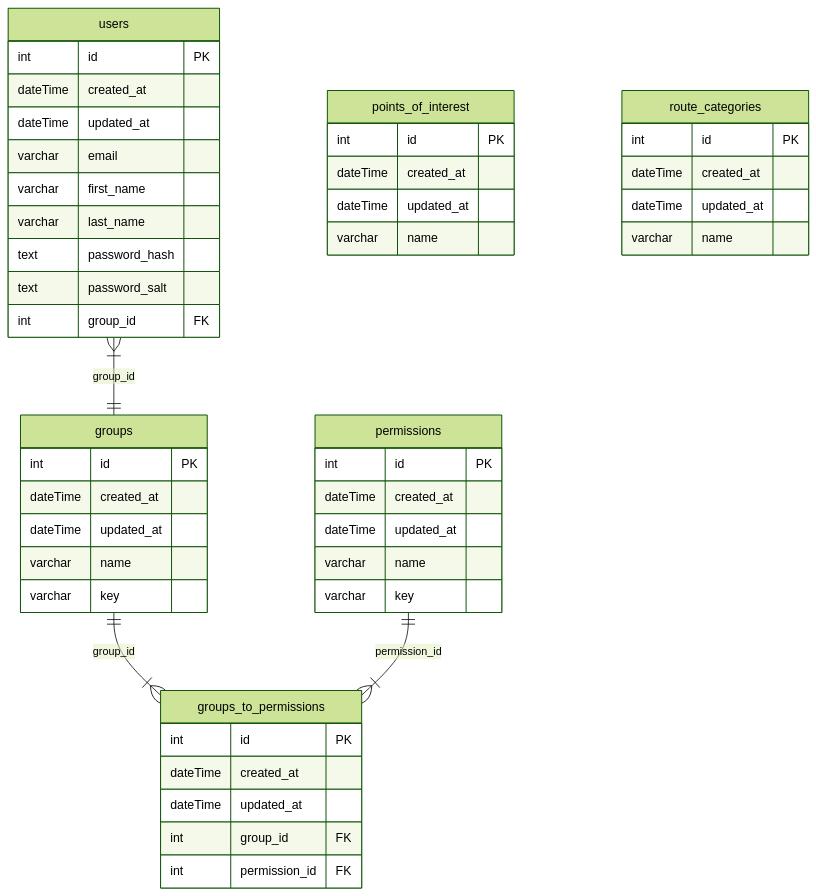
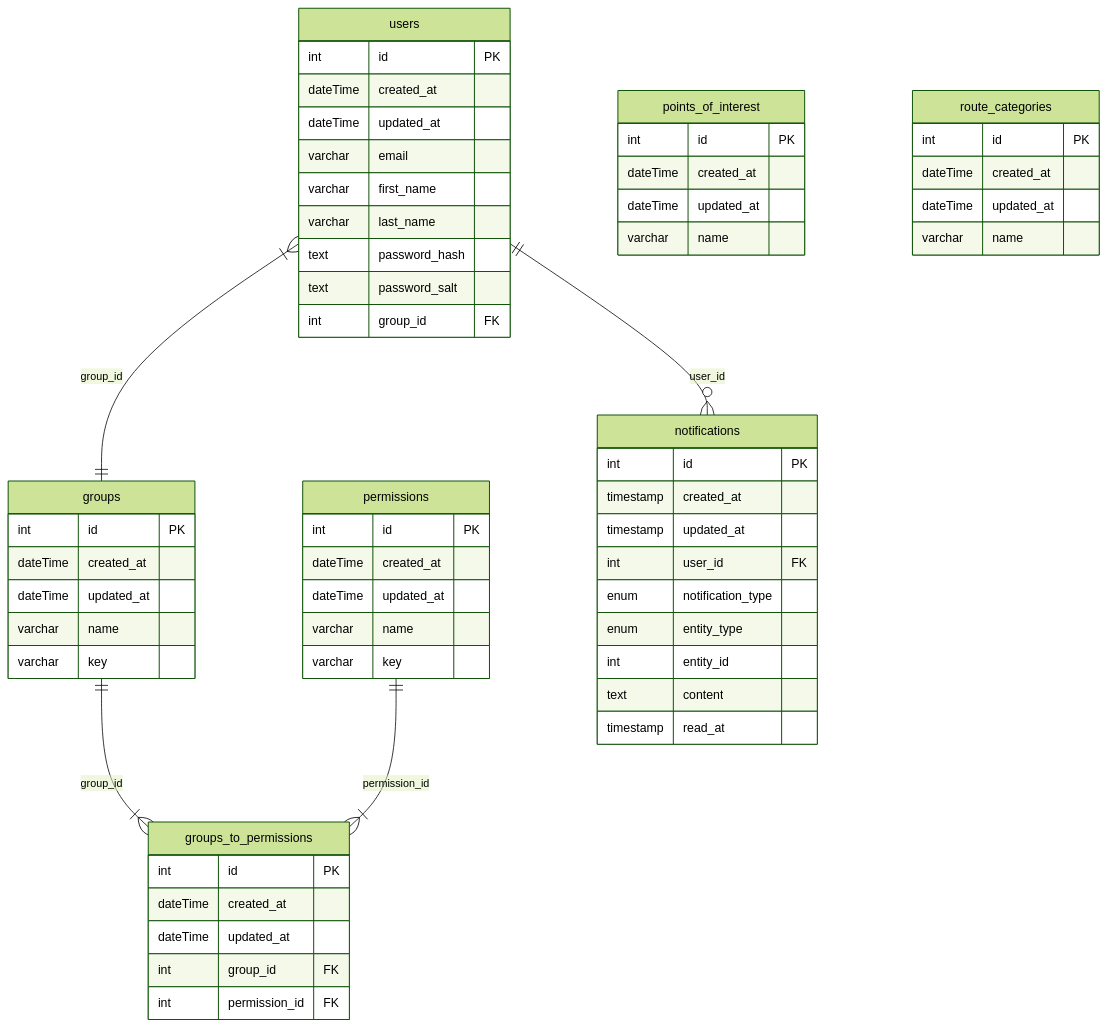
Before and after one commit to h4vefundieyoung/smartscapes: the diagram in readme.md, drawn with Mermaid (forest theme). The commit also changed 1 other file, not shown here.

Commit message:
feat(root): create mermaid diagram for notification table ss-73

````diff
--- a/readme.md
+++ b/readme.md
@@ -30,57 +30,70 @@
 ```mermaid
 erDiagram
 
   users {
     int id PK
     dateTime created_at
     dateTime updated_at
     varchar email
     varchar first_name
     varchar last_name
     text password_hash
     text password_salt
     int group_id FK
   }
 
   groups {
     int id PK
     dateTime created_at
     dateTime updated_at
     varchar name
     varchar key
   }
 
  groups_to_permissions {
       int id PK
       dateTime created_at
       dateTime updated_at
       int group_id FK
       int permission_id FK
   }
 
   permissions {
       int id PK
       dateTime created_at
       dateTime updated_at
       varchar name
       varchar key
   }
 
   points_of_interest {
     int id PK
     dateTime created_at
     dateTime updated_at
     varchar name
   }
 
   route_categories {
       int id PK
       dateTime created_at
       dateTime updated_at
       varchar name
   }
 
+  notifications {
+      int id PK
+      timestamp created_at
+      timestamp updated_at
+      int user_id FK
+      enum notification_type
+      enum entity_type
+      int entity_id
+      text content
+      timestamp read_at
+  }
+
   users }|--|| groups : group_id
   groups ||--|{ groups_to_permissions : group_id
   permissions ||--|{ groups_to_permissions : permission_id
+  users ||--o{ notifications : user_id
 ```
````
